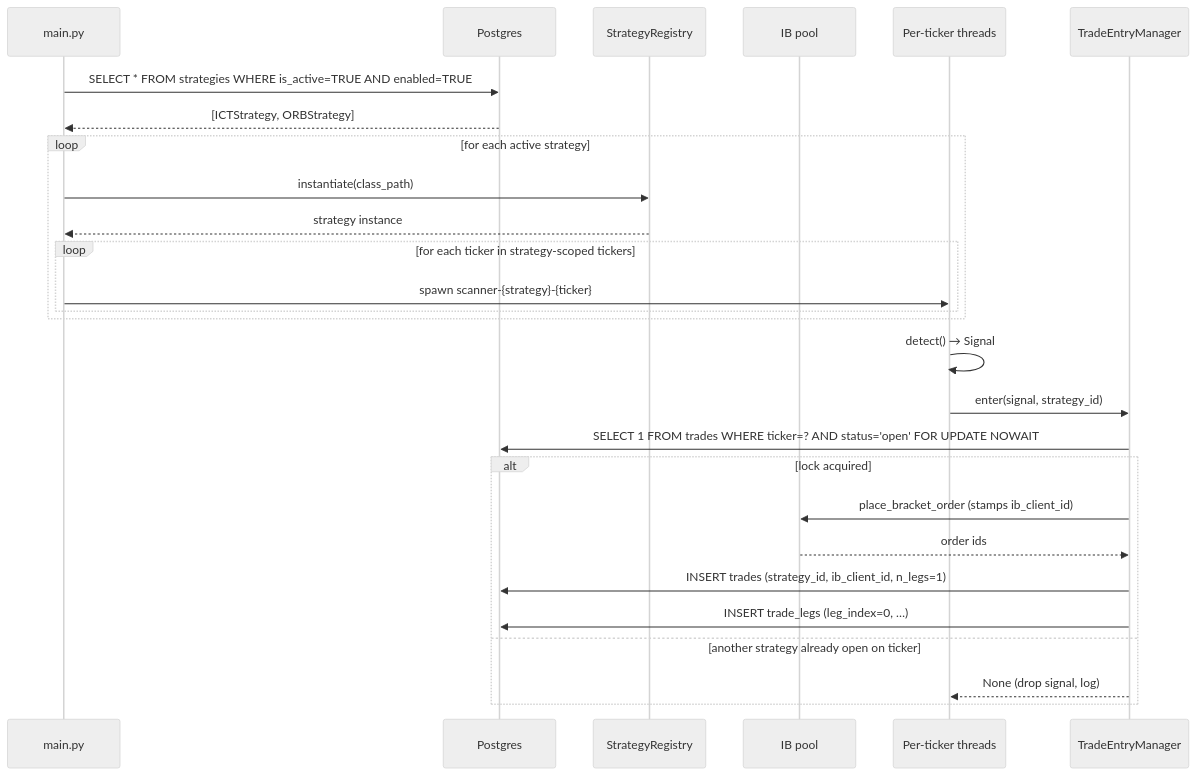
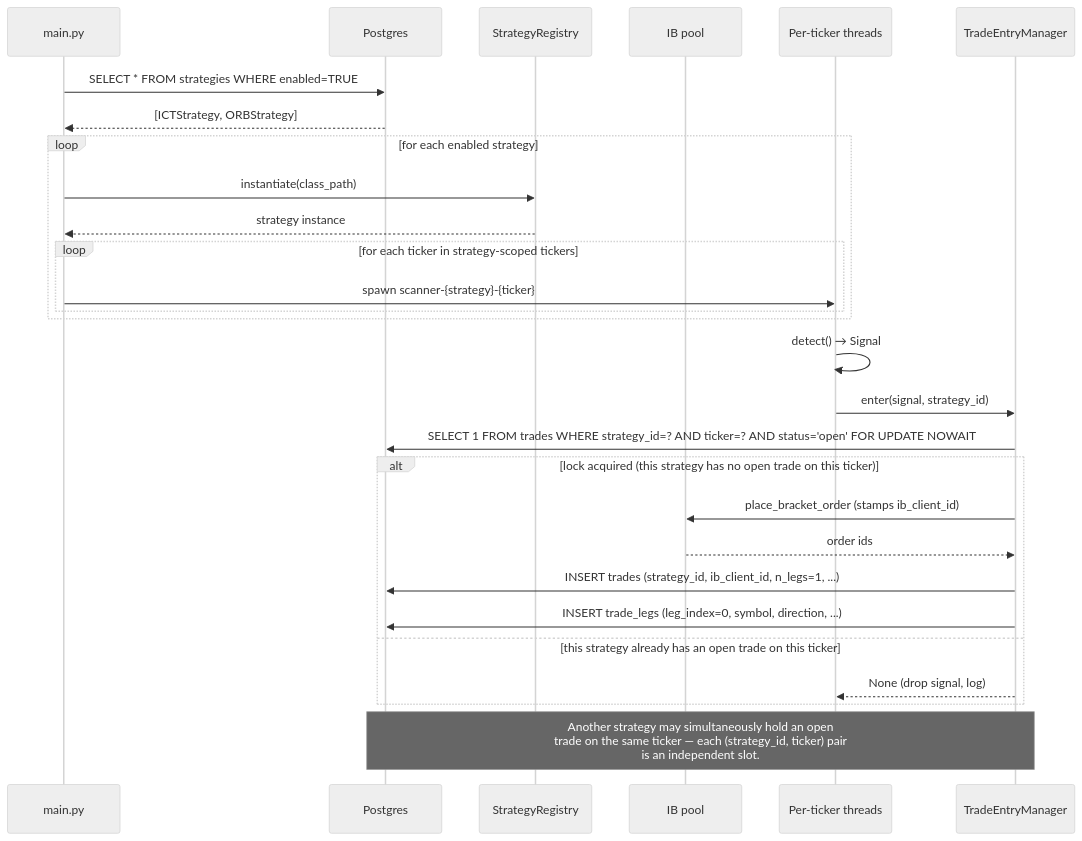
One commit to zdahbour1/ict-bot changed the second of 3 diagrams in docs/multi_strategy_architecture_v2.md. Above: the diagram before and after it, drawn with Mermaid (neutral theme). The commit also changed other lines of this file, not shown here.

Commit message:
docs: multi-strategy v2 rev 2 — big-bang trades→legs migration + per-strategy trade policy

````diff
--- a/docs/multi_strategy_architecture_v2.md
+++ b/docs/multi_strategy_architecture_v2.md
@@ -273,30 +577,31 @@
 ```mermaid
 sequenceDiagram
     participant Main as main.py
     participant DB as Postgres
     participant Reg as StrategyRegistry
     participant Pool as IB pool
     participant Threads as Per-ticker threads
     participant TEM as TradeEntryManager
 
-    Main->>DB: SELECT * FROM strategies WHERE is_active=TRUE AND enabled=TRUE
+    Main->>DB: SELECT * FROM strategies WHERE enabled=TRUE
     DB-->>Main: [ICTStrategy, ORBStrategy]
-    loop for each active strategy
+    loop for each enabled strategy
         Main->>Reg: instantiate(class_path)
         Reg-->>Main: strategy instance
         loop for each ticker in strategy-scoped tickers
             Main->>Threads: spawn scanner-{strategy}-{ticker}
         end
     end
     Threads->>Threads: detect() → Signal
     Threads->>TEM: enter(signal, strategy_id)
-    TEM->>DB: SELECT 1 FROM trades WHERE ticker=? AND status='open' FOR UPDATE NOWAIT
-    alt lock acquired
+    TEM->>DB: SELECT 1 FROM trades WHERE strategy_id=? AND ticker=? AND status='open' FOR UPDATE NOWAIT
+    alt lock acquired (this strategy has no open trade on this ticker)
         TEM->>Pool: place_bracket_order (stamps ib_client_id)
         Pool-->>TEM: order ids
-        TEM->>DB: INSERT trades (strategy_id, ib_client_id, n_legs=1)
-        TEM->>DB: INSERT trade_legs (leg_index=0, …)
-    else another strategy already open on ticker
+        TEM->>DB: INSERT trades (strategy_id, ib_client_id, n_legs=1, ...)
+        TEM->>DB: INSERT trade_legs (leg_index=0, symbol, direction, ...)
+    else this strategy already has an open trade on this ticker
         TEM-->>Threads: None (drop signal, log)
     end
+    Note over TEM,DB: Another strategy may simultaneously hold an open<br/>trade on the same ticker — each (strategy_id, ticker) pair<br/>is an independent slot.
 ```
````
